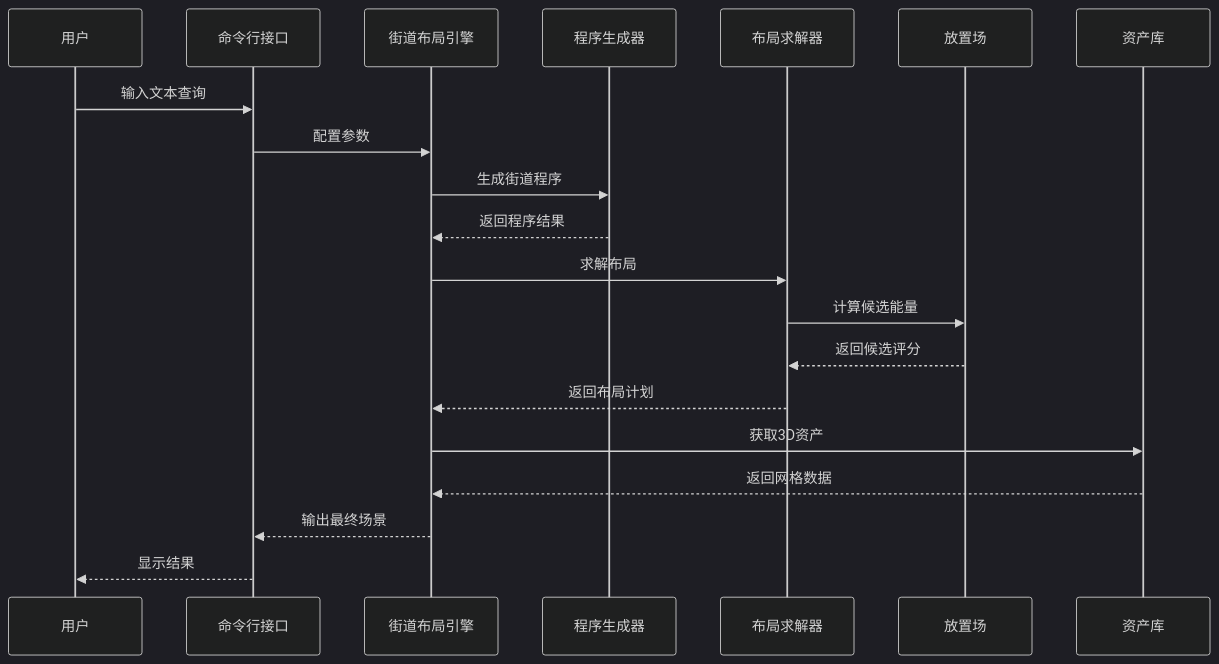
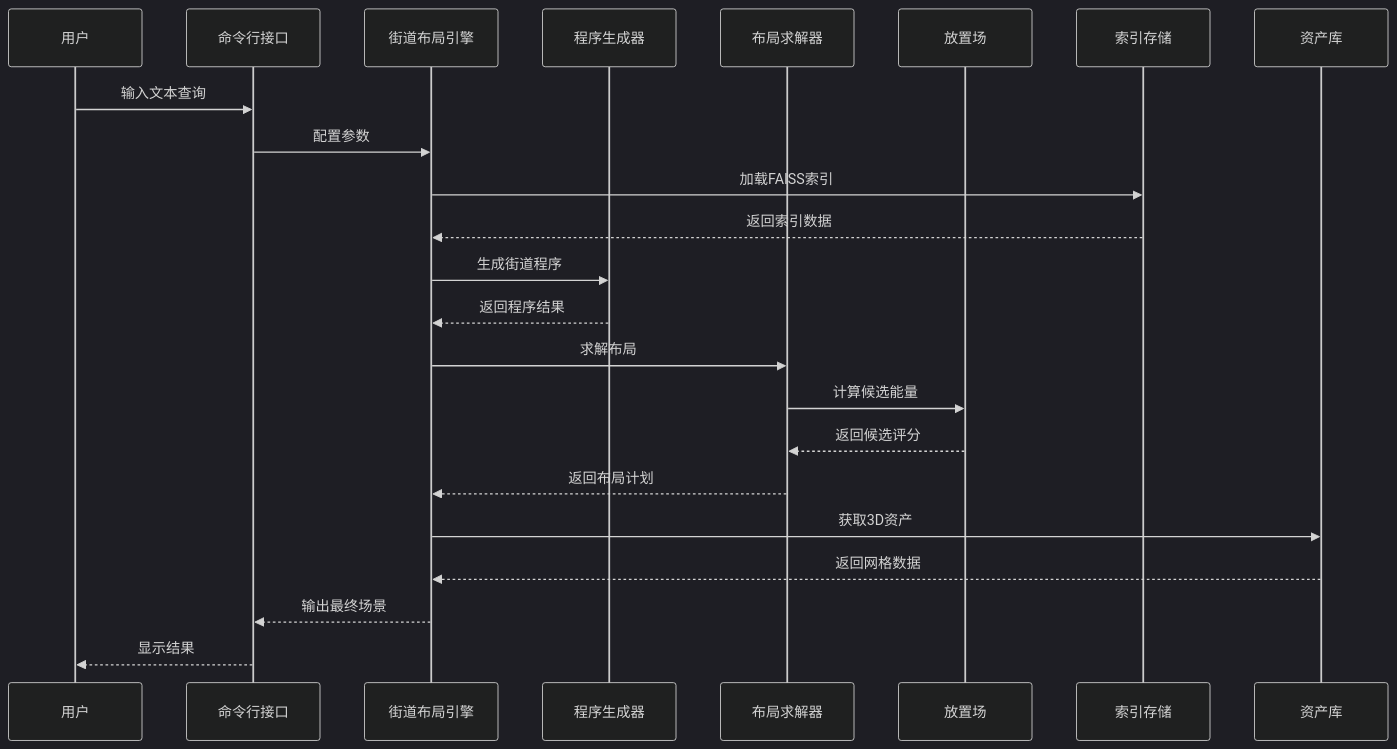
The second of 10 diagrams in .qoder/repowiki/zh/content/Street Layout Processing.md (wsqstar/RoadGen3D), drawn with Mermaid (dark theme) before and after one commit. The commit also changed other lines of this file and 4 other files, not shown here.

````diff
--- a/.qoder/repowiki/zh/content/Street Layout Processing.md
+++ b/.qoder/repowiki/zh/content/Street Layout Processing.md
@@ -126,22 +142,25 @@
 ```mermaid
 sequenceDiagram
 participant User as 用户
 participant CLI as 命令行接口
 participant SL as 街道布局引擎
 participant SP as 程序生成器
 participant LS as 布局求解器
 participant PF as 放置场
+participant IS as 索引存储
 participant Assets as 资产库
 User->>CLI : 输入文本查询
 CLI->>SL : 配置参数
+SL->>IS : 加载FAISS索引
+IS-->>SL : 返回索引数据
 SL->>SP : 生成街道程序
 SP-->>SL : 返回程序结果
 SL->>LS : 求解布局
 LS->>PF : 计算候选能量
 PF-->>LS : 返回候选评分
 LS-->>SL : 返回布局计划
 SL->>Assets : 获取3D资产
 Assets-->>SL : 返回网格数据
 SL-->>CLI : 输出最终场景
 CLI-->>User : 显示结果
 ```
````
